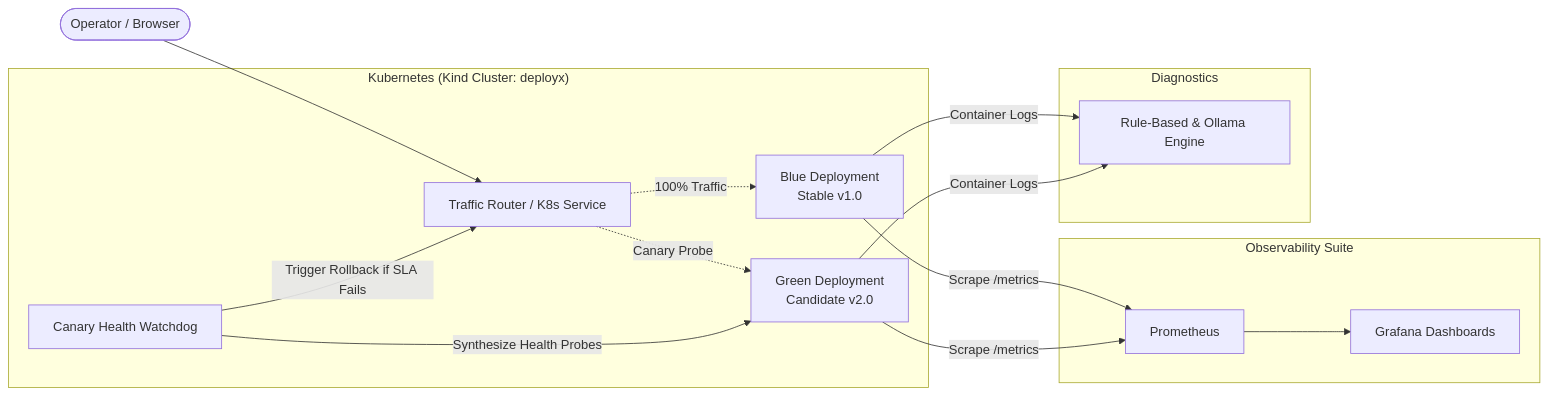
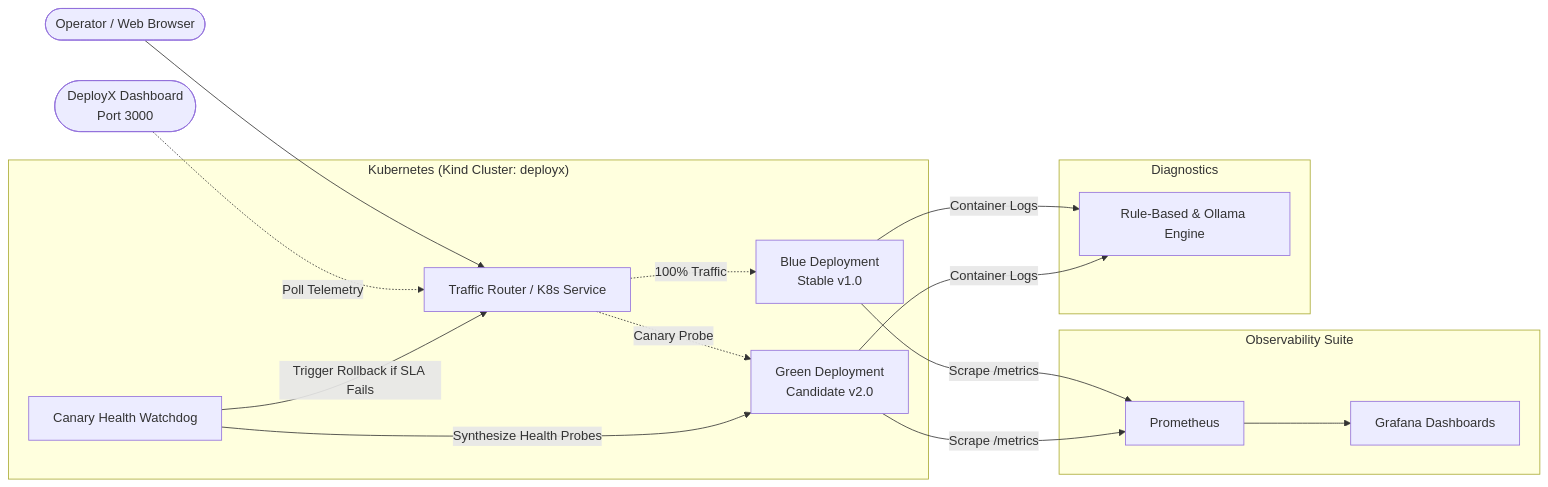
One commit to abhinavitgithub/DeployX changed the diagram in README.md. Above: the diagram before and after it, drawn with Mermaid. The commit also changed other lines of this file and 14 other files, not shown here.

Commit message:
feat: implement DeployX monitoring dashboard

````diff
--- a/README.md
+++ b/README.md
@@ -30,21 +31,22 @@
 ```mermaid
 flowchart LR
-    Client([Operator / Browser]) --> Router[Traffic Router / K8s Service]
+    Client([Operator / Web Browser]) --> Router[Traffic Router / K8s Service]
+    Frontend([DeployX Dashboard<br/>Port 3000]) -. Poll Telemetry .-> Router
     
     subgraph K8s["Kubernetes (Kind Cluster: deployx)"]
         Router -. 100% Traffic .-> Blue[Blue Deployment<br/>Stable v1.0]
         Router -. Canary Probe .-> Green[Green Deployment<br/>Candidate v2.0]
         
         Watchdog[Canary Health Watchdog] -->|Synthesize Health Probes| Green
         Watchdog -->|Trigger Rollback if SLA Fails| Router
     end
     
     subgraph Observability["Observability Suite"]
         Blue & Green -->|Scrape /metrics| Prom[Prometheus]
         Prom --> Graf[Grafana Dashboards]
     end
     
     subgraph Diagnostics["Diagnostics"]
         Blue & Green -->|Container Logs| Diag[Rule-Based & Ollama Engine]
     end
 ```
````
